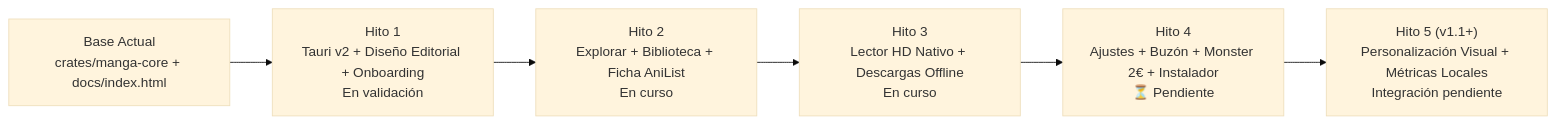
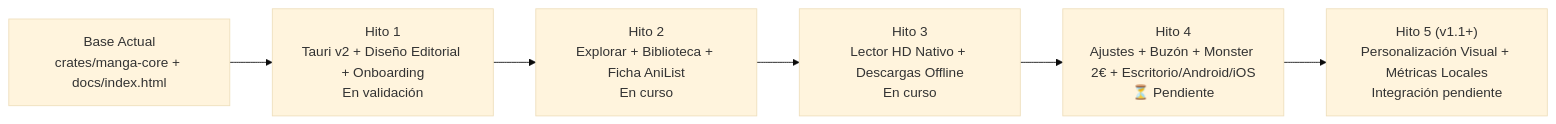
Before and after one commit to tomahawk1103/manga-tui: the diagram in MANGORA_ROADMAP.md, drawn with Mermaid (base theme). The commit also changed other lines of this file and 29 other files, not shown here.

````diff
--- a/MANGORA_ROADMAP.md
+++ b/MANGORA_ROADMAP.md
@@ -12,11 +12,11 @@
 ```mermaid
 flowchart LR
     Base["Base Actual<br/>crates/manga-core + docs/index.html"]
     H1["Hito 1<br/>Tauri v2 + Diseño Editorial + Onboarding<br/>En validación"]
     H2["Hito 2<br/>Explorar + Biblioteca + Ficha AniList<br/>En curso"]
     H3["Hito 3<br/>Lector HD Nativo + Descargas Offline<br/>En curso"]
-    H4["Hito 4<br/>Ajustes + Buzón + Monster 2€ + Instalador<br/>⏳ Pendiente"]
+    H4["Hito 4<br/>Ajustes + Buzón + Monster 2€ + Escritorio/Android/iOS<br/>⏳ Pendiente"]
     H5["Hito 5 (v1.1+)<br/>Personalización Visual + Métricas Locales<br/>Integración pendiente"]
 
     Base --> H1 --> H2 --> H3 --> H4 --> H5
 ```
````
